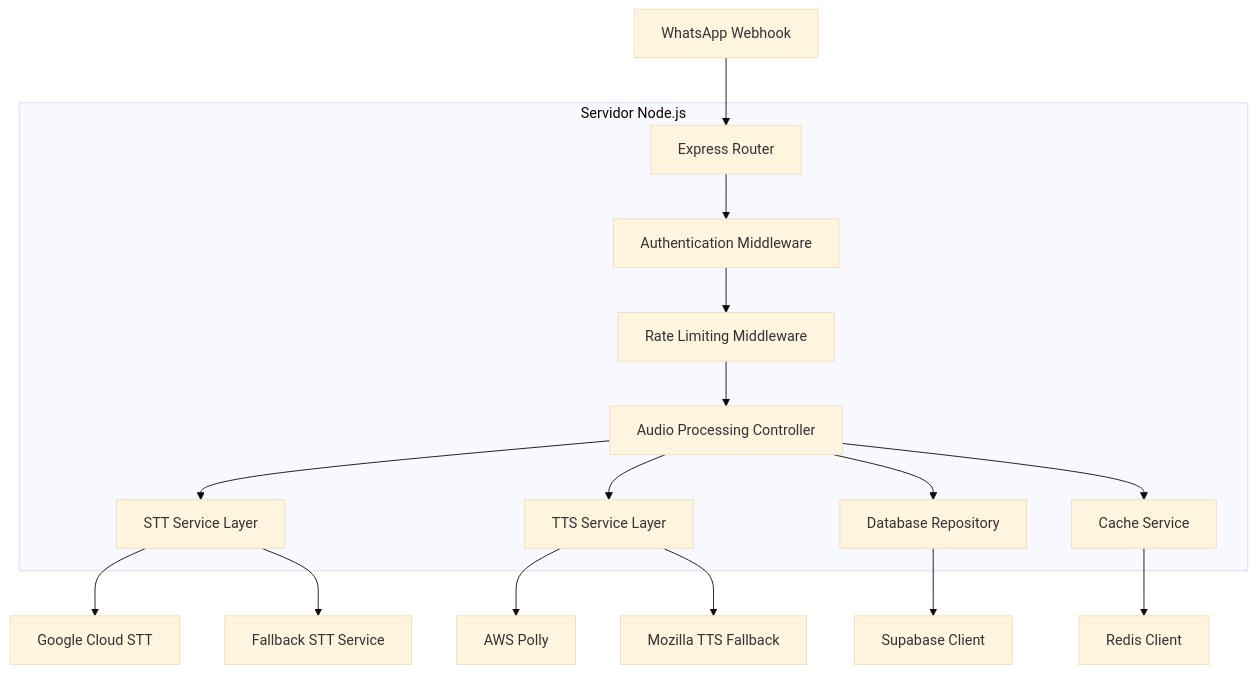
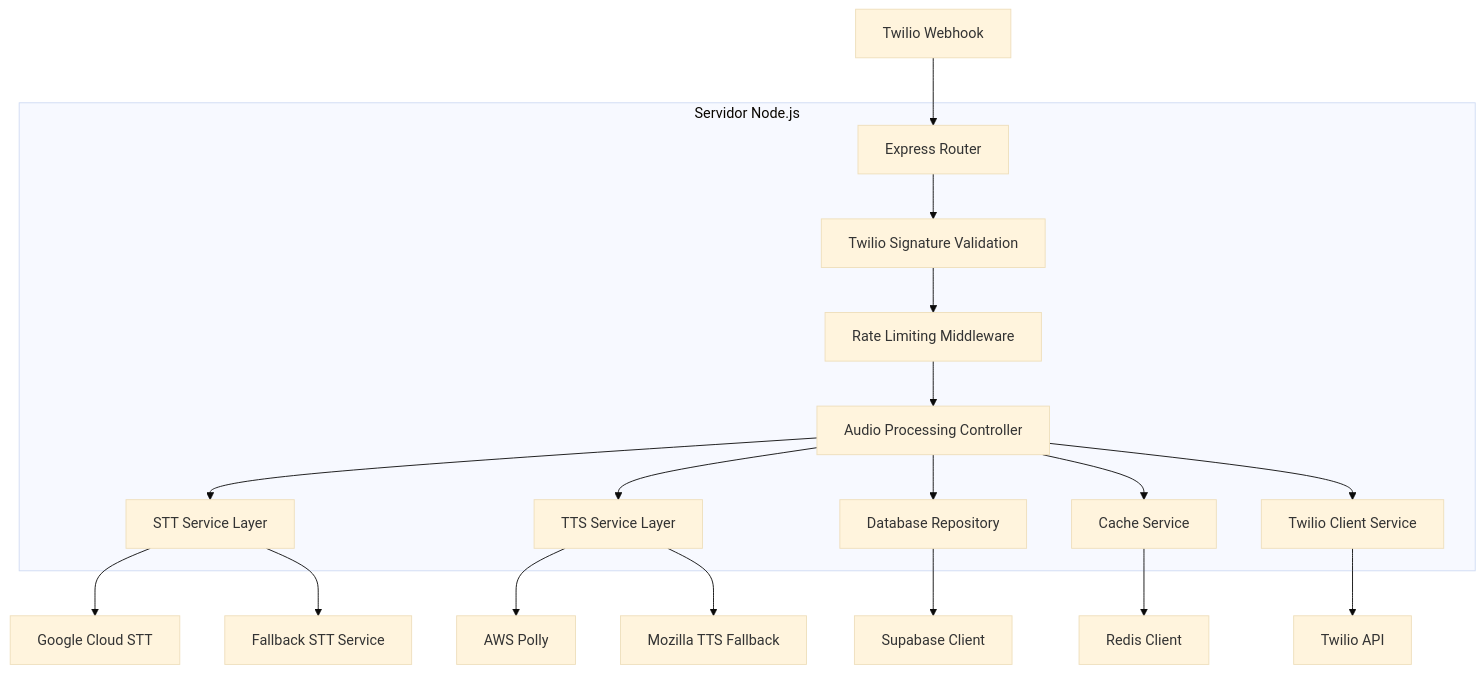
The second of 3 diagrams in .trae/documents/arquitetura_tecnica_chatbot.md (samueldng/Web_integracao), drawn with Mermaid (base theme) before and after one commit. The commit also changed other lines of this file and 1 other file, not shown here.

````diff
--- a/.trae/documents/arquitetura_tecnica_chatbot.md
+++ b/.trae/documents/arquitetura_tecnica_chatbot.md
@@ -165,28 +199,31 @@
 ```mermaid
 graph TD
-    A[WhatsApp Webhook] --> B[Express Router]
-    B --> C[Authentication Middleware]
+    A[Twilio Webhook] --> B[Express Router]
+    B --> C[Twilio Signature Validation]
     C --> D[Rate Limiting Middleware]
     D --> E[Audio Processing Controller]
     E --> F[STT Service Layer]
     F --> G[Google Cloud STT]
     F --> H[Fallback STT Service]
     E --> I[TTS Service Layer]
     I --> J[AWS Polly]
     I --> K[Mozilla TTS Fallback]
     E --> L[Database Repository]
     L --> M[Supabase Client]
     E --> N[Cache Service]
     N --> O[Redis Client]
+    E --> P[Twilio Client Service]
+    P --> Q[Twilio API]
     
     subgraph "Servidor Node.js"
         B
         C
         D
         E
         F
         I
         L
         N
+        P
     end
 ```
````
